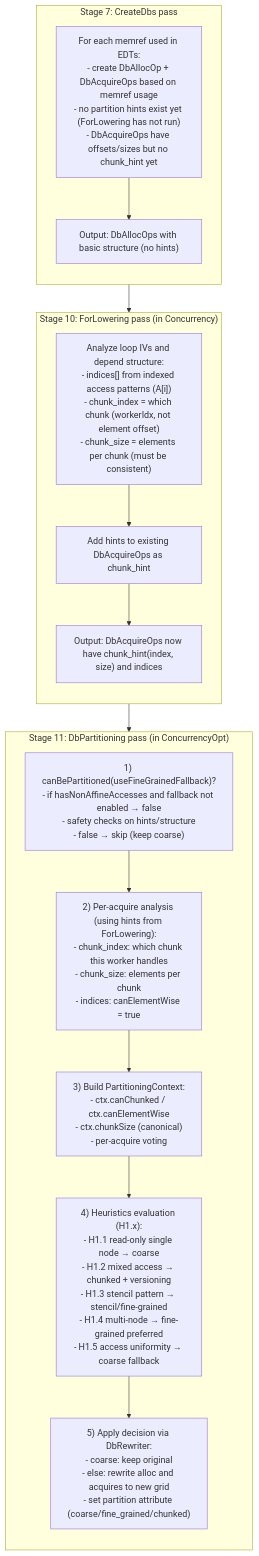
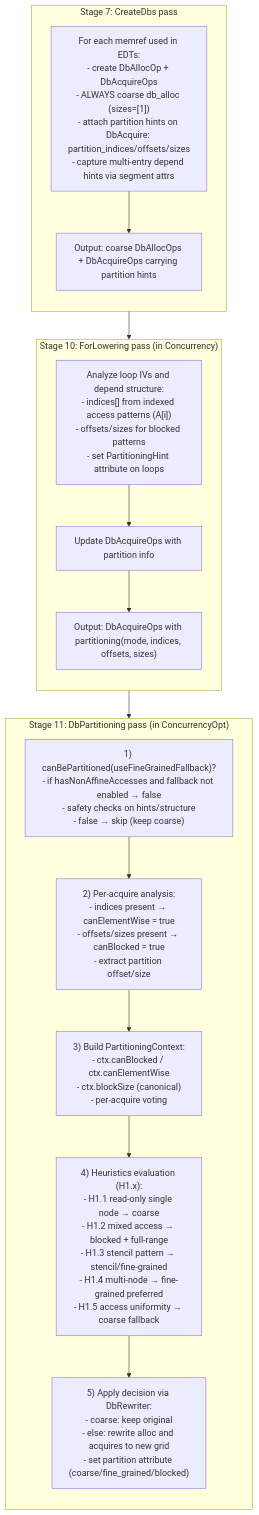
The second of 9 diagrams in docs/heuristics/partitioning/partitioning.md (randreshg/carts), drawn with Mermaid before and after one commit. The commit also changed other lines of this file and 88 other files, not shown here.

Commit message:
Refactor datablock partitioning to support block mode and enhance heuristics. Docs were also updated

````diff
--- a/docs/heuristics/partitioning/partitioning.md
+++ b/docs/heuristics/partitioning/partitioning.md
@@ -83,29 +103,29 @@
 ```mermaid
 flowchart TB
   subgraph S7["Stage 7: CreateDbs pass"]
     direction TB
-    S7A["For each memref used in EDTs:<br/>- create DbAllocOp + DbAcquireOps based on memref usage<br/>- no partition hints exist yet (ForLowering has not run)<br/>- DbAcquireOps have offsets/sizes but no chunk_hint yet"]
-    S7O["Output: DbAllocOps with basic structure (no hints)"]
+    S7A["For each memref used in EDTs:<br/>- create DbAllocOp + DbAcquireOps<br/>- ALWAYS coarse db_alloc (sizes=[1])<br/>- attach partition hints on DbAcquire: partition_indices/offsets/sizes<br/>- capture multi-entry depend hints via segment attrs"]
+    S7O["Output: coarse DbAllocOps + DbAcquireOps carrying partition hints"]
     S7A --> S7O
   end
 
   subgraph S10["Stage 10: ForLowering pass (in Concurrency)"]
     direction TB
-    S10A["Analyze loop IVs and depend structure:<br/>- indices[] from indexed access patterns (A[i])<br/>- chunk_index = which chunk (workerIdx, not element offset)<br/>- chunk_size = elements per chunk (must be consistent)"]
-    S10B["Add hints to existing DbAcquireOps as chunk_hint"]
-    S10O["Output: DbAcquireOps now have chunk_hint(index, size) and indices"]
+    S10A["Analyze loop IVs and depend structure:<br/>- indices[] from indexed access patterns (A[i])<br/>- offsets/sizes for blocked patterns<br/>- set PartitioningHint attribute on loops"]
+    S10B["Update DbAcquireOps with partition info"]
+    S10O["Output: DbAcquireOps with partitioning(mode, indices, offsets, sizes)"]
     S10A --> S10B --> S10O
   end
 
   subgraph S11["Stage 11: DbPartitioning pass (in ConcurrencyOpt)"]
     direction TB
     S11A["1) canBePartitioned(useFineGrainedFallback)?<br/>- if hasNonAffineAccesses and fallback not enabled → false<br/>- safety checks on hints/structure<br/>- false → skip (keep coarse)"]
-    S11B["2) Per-acquire analysis (using hints from ForLowering):<br/>- chunk_index: which chunk this worker handles<br/>- chunk_size: elements per chunk<br/>- indices: canElementWise = true"]
-    S11C["3) Build PartitioningContext:<br/>- ctx.canChunked / ctx.canElementWise<br/>- ctx.chunkSize (canonical)<br/>- per-acquire voting"]
-    S11D["4) Heuristics evaluation (H1.x):<br/>- H1.1 read-only single node → coarse<br/>- H1.2 mixed access → chunked + versioning<br/>- H1.3 stencil pattern → stencil/fine-grained<br/>- H1.4 multi-node → fine-grained preferred<br/>- H1.5 access uniformity → coarse fallback"]
-    S11E["5) Apply decision via DbRewriter:<br/>- coarse: keep original<br/>- else: rewrite alloc and acquires to new grid<br/>- set partition attribute (coarse/fine_grained/chunked)"]
+    S11B["2) Per-acquire analysis:<br/>- indices present → canElementWise = true<br/>- offsets/sizes present → canBlocked = true<br/>- extract partition offset/size"]
+    S11C["3) Build PartitioningContext:<br/>- ctx.canBlocked / ctx.canElementWise<br/>- ctx.blockSize (canonical)<br/>- per-acquire voting"]
+    S11D["4) Heuristics evaluation (H1.x):<br/>- H1.1 read-only single node → coarse<br/>- H1.2 mixed access → blocked + full-range<br/>- H1.3 stencil pattern → stencil/fine-grained<br/>- H1.4 multi-node → fine-grained preferred<br/>- H1.5 access uniformity → coarse fallback"]
+    S11E["5) Apply decision via DbRewriter:<br/>- coarse: keep original<br/>- else: rewrite alloc and acquires to new grid<br/>- set partition attribute (coarse/fine_grained/blocked)"]
     S11A --> S11B --> S11C --> S11D --> S11E
   end
 
   S7 --> S10 --> S11
 ```
````
